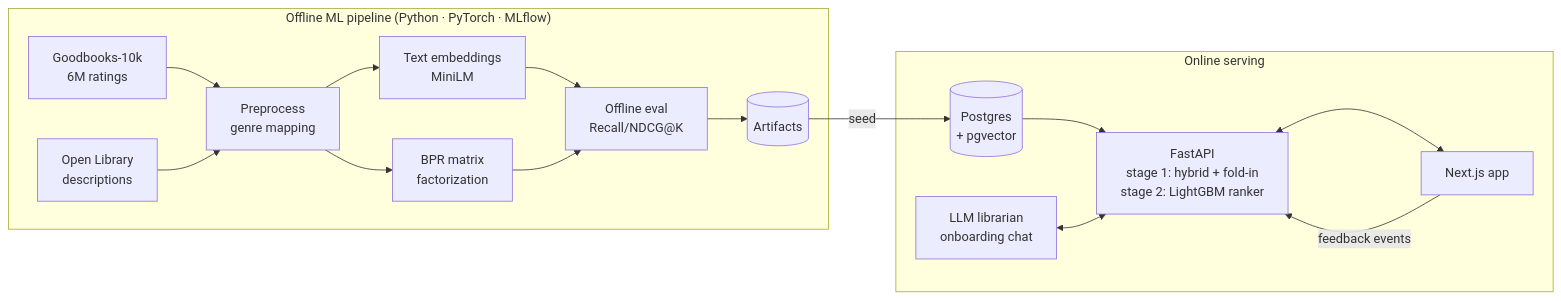
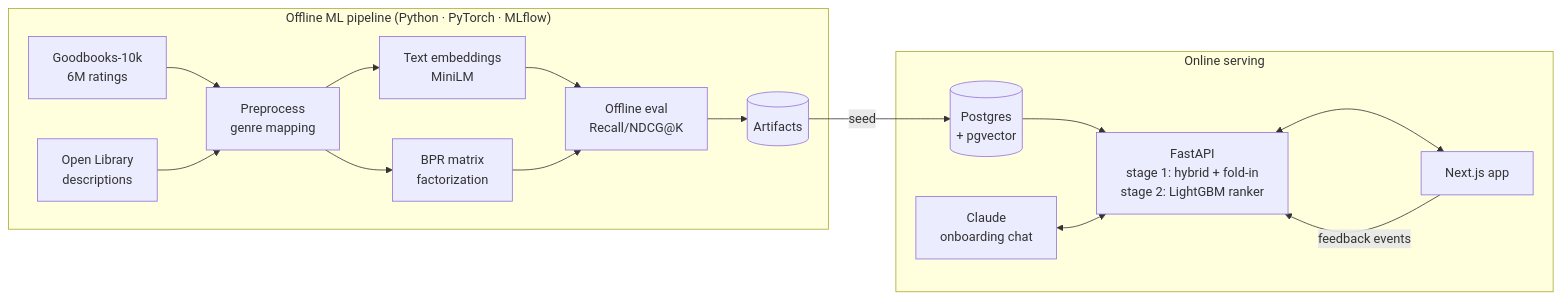
One commit to basharfkhan/alexandria changed the diagram in README.md. Above: the diagram before and after it, drawn with Mermaid. The commit also changed other lines of this file and 3 other files, not shown here.

Commit message:
Credit the Claude API as the chat librarian's model

````diff
--- a/README.md
+++ b/README.md
@@ -27,18 +27,18 @@
 ```mermaid
 flowchart LR
     subgraph Offline["Offline ML pipeline (Python · PyTorch · MLflow)"]
         D[Goodbooks-10k<br/>6M ratings] --> P[Preprocess<br/>genre mapping]
         OL[Open Library<br/>descriptions] --> P
         P --> E[Text embeddings<br/>MiniLM]
         P --> B[BPR matrix<br/>factorization]
         E & B --> EV[Offline eval<br/>Recall/NDCG@K]
         EV --> A[(Artifacts)]
     end
     A -- seed --> DB[(Postgres<br/>+ pgvector)]
     subgraph Online["Online serving"]
         DB --> API[FastAPI<br/>stage 1: hybrid + fold-in<br/>stage 2: LightGBM ranker]
-        LLM[LLM librarian<br/>onboarding chat] <--> API
+        LLM[Claude<br/>onboarding chat] <--> API
         API <--> WEB[Next.js app]
     end
     WEB -- feedback events --> API
 ```
````
